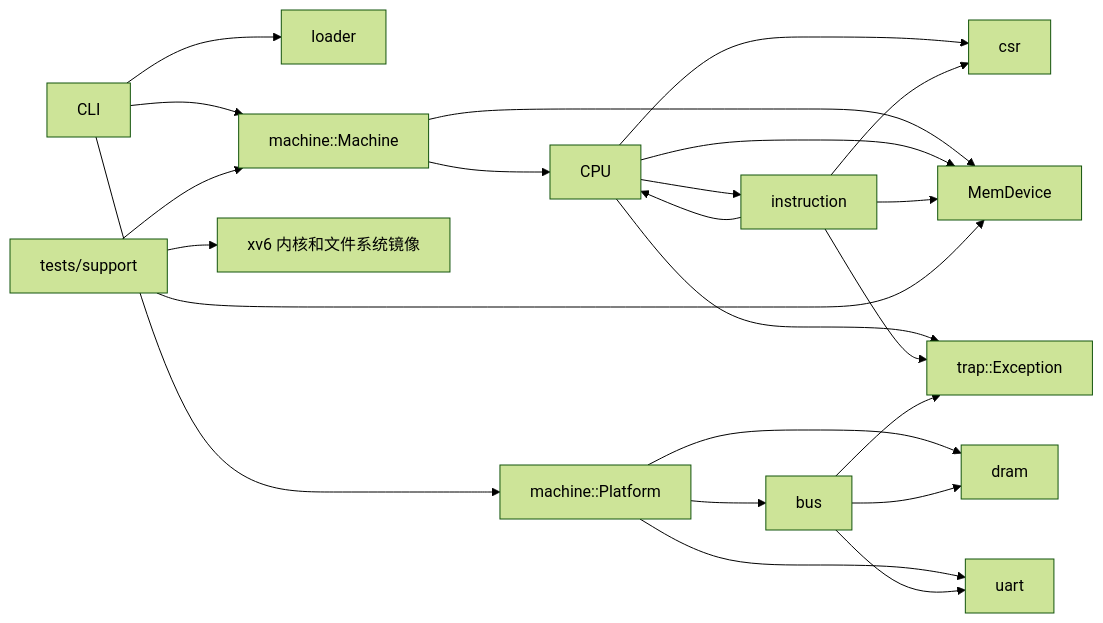
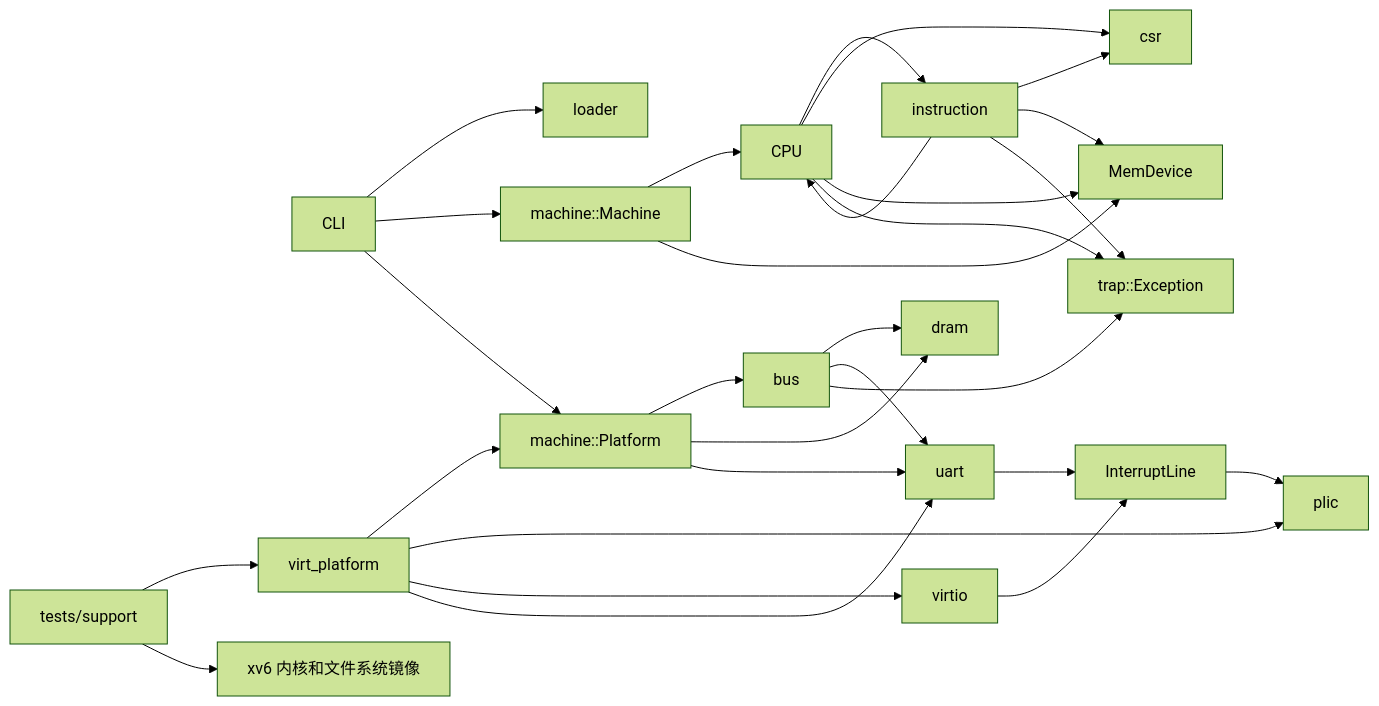
The diagram in docs/repository-status/README.md (AkiraLyu/arvsim), drawn with Mermaid (forest theme) before and after one commit. The commit also changed other lines of this file and 66 other files, not shown here.

````diff
--- a/docs/repository-status/README.md
+++ b/docs/repository-status/README.md
@@ -47,25 +50,31 @@
 ```mermaid
 flowchart LR
   CLI --> LOADER["loader"]
   CLI --> MACHINE["machine::Machine"]
   CLI --> PLATFORM["machine::Platform"]
   PLATFORM --> BUS["bus"]
   PLATFORM --> DRAM["dram"]
   PLATFORM --> UART["uart"]
+  VIRTPLAT["virt_platform"] --> PLATFORM
+  VIRTPLAT --> PLIC["plic"]
+  VIRTPLAT --> VIRTIO["virtio"]
+  VIRTPLAT --> UART
+  UART --> LINE["InterruptLine"]
+  VIRTIO --> LINE
+  LINE --> PLIC
   MACHINE --> CPU
   MACHINE --> BUSIF
   CPU --> INST["instruction"]
   CPU --> CSR["csr"]
   CPU --> BUSIF["MemDevice"]
   INST --> CPU
   INST --> CSR
   INST --> BUSIF
   BUS --> DRAM
   BUS --> UART
   CPU --> TRAP["trap::Exception"]
   INST --> TRAP
   BUS --> TRAP
-  TEST["tests/support"] --> MACHINE
-  TEST --> BUSIF
+  TEST["tests/support"] --> VIRTPLAT
   TEST --> XV6["xv6 内核和文件系统镜像"]
 ```
````
